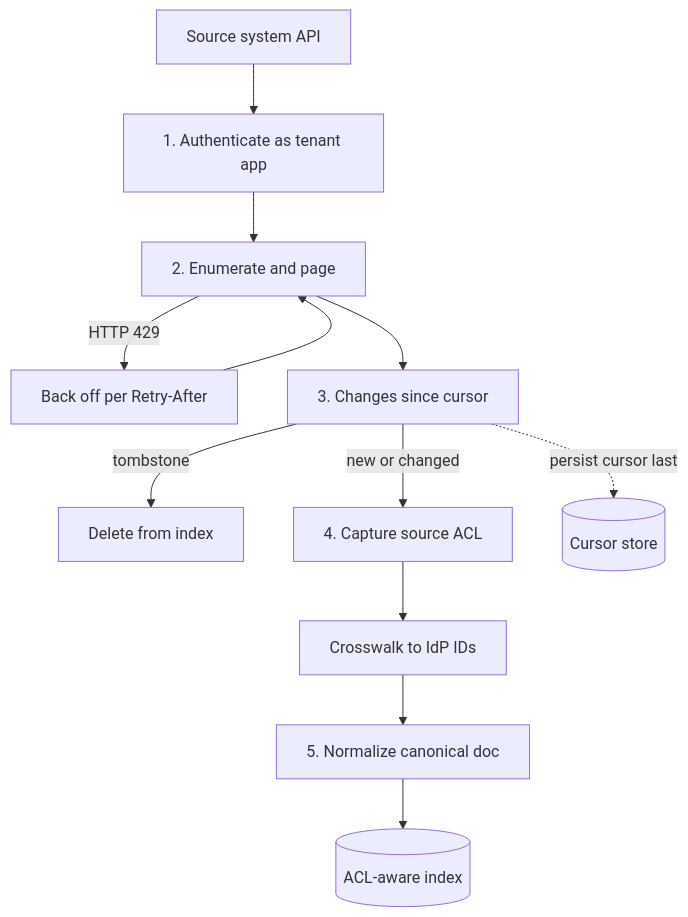
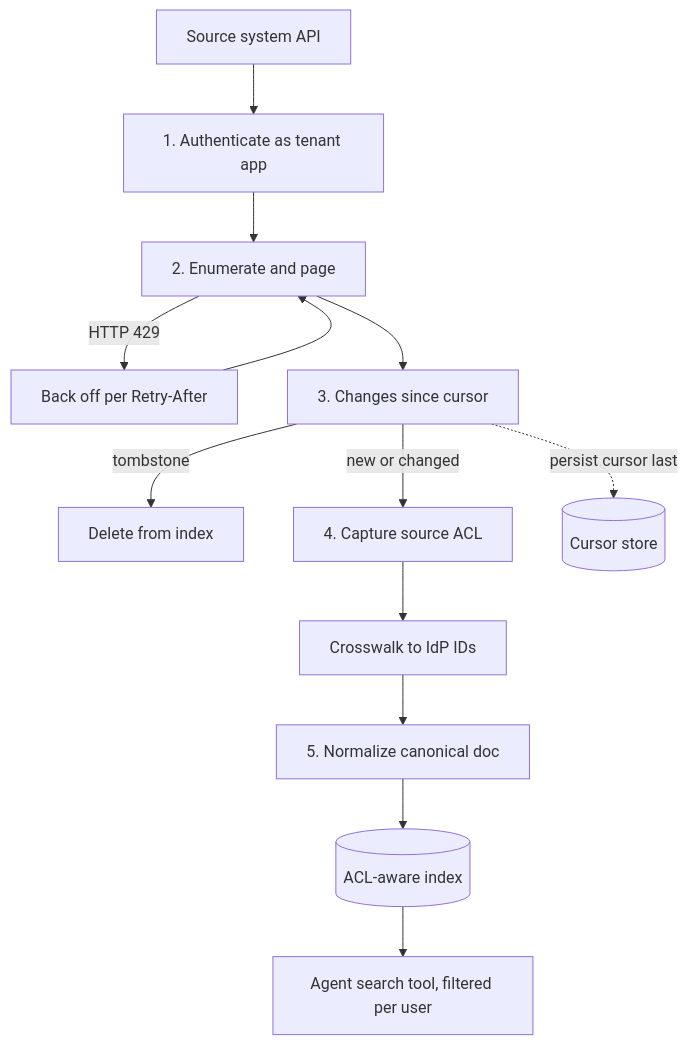
The diagram in content/enterprise-integration/enterprise-connectors.md (lovishmahajan97/agentic-learning), drawn with Mermaid before and after one commit. The commit also changed other lines of this file and 485 other files, not shown here.

````diff
--- a/content/enterprise-integration/enterprise-connectors.md
+++ b/content/enterprise-integration/enterprise-connectors.md
@@ -130,14 +157,15 @@
 ```mermaid
 flowchart TD
     S["Source system API"] --> A["1. Authenticate as tenant app"]
     A --> E["2. Enumerate and page"]
     E -->|"HTTP 429"| B["Back off per Retry-After"]
     B --> E
     E --> C["3. Changes since cursor"]
     C -->|"tombstone"| DEL["Delete from index"]
     C -->|"new or changed"| P["4. Capture source ACL"]
     P --> X["Crosswalk to IdP IDs"]
     X --> N["5. Normalize canonical doc"]
     N --> I[("ACL-aware index")]
+    I --> T["Agent search tool, filtered per user"]
     C -.->|"persist cursor last"| K[("Cursor store")]
 ```
````
